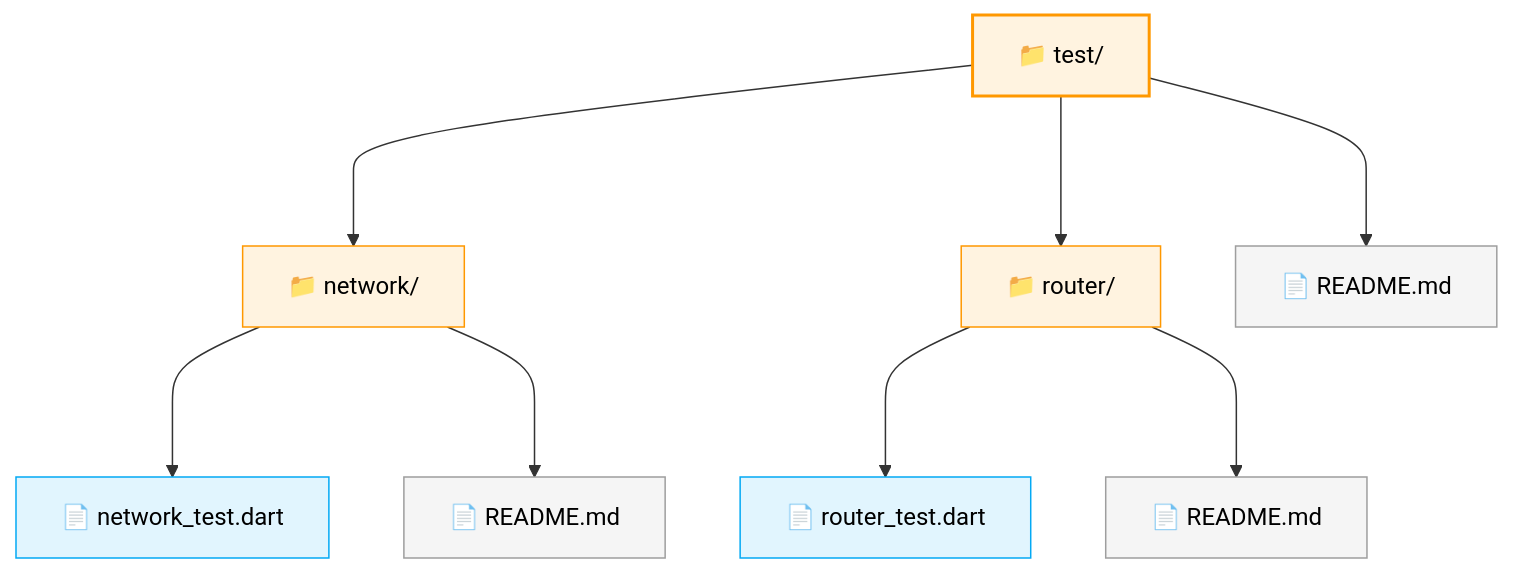
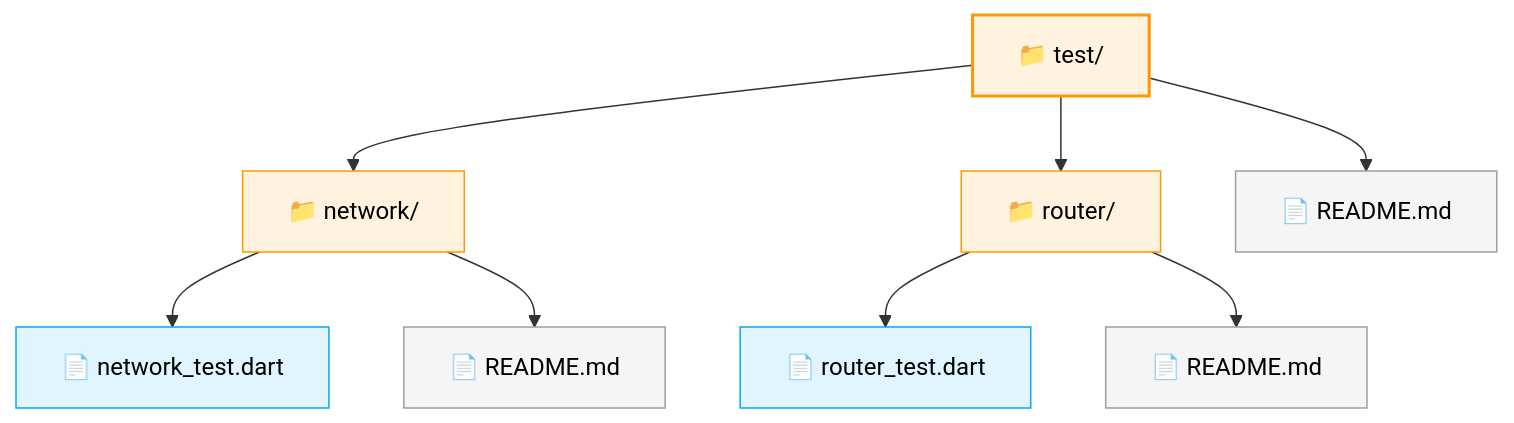
The third of 3 diagrams in reports/diagrams.md (PhanNTSon/prm_project), drawn with Mermaid before and after one commit. The commit also changed 2 other files, not shown here.

Commit message:
[Done] done feature automate building Documents based on CI/CD pipeline and markdown files.

````diff
--- a/reports/diagrams.md
+++ b/reports/diagrams.md
@@ -54,39 +54,39 @@
 ```mermaid
 graph TD
     %% Định nghĩa cấu trúc cây thư mục
     root["📁 test/"]
 
     %% Tầng 1
     network["📁 network/"]
     router["📁 router/"]
     readme_root["📄 README.md"]
 
     %% Tầng 2 (Bên trong network/)
     net_test["📄 network_test.dart"]
     readme_net["📄 README.md"]
 
     %% Tầng 2 (Bên trong router/)
     rot_test["📄 router_test.dart"]
     readme_rot_dir["📄 README.md"]
 
     %% Thiết lập các kết nối phân cấp
-    root ---> network
-    root ---> router
-    root ---> readme_root
+    root --> network
+    root --> router
+    root --> readme_root
 
-    network ---> net_test
-    network ---> readme_net
+    network --> net_test
+    network --> readme_net
 
-    router ---> rot_test
-    router ---> readme_rot_dir
+    router --> rot_test
+    router --> readme_rot_dir
 
     %% Tùy chỉnh phong cách giao diện (Màu sắc hiện đại)
     style root fill:#fff3e0,stroke:#ff9800,stroke-width:2px,color:#000
     style network fill:#fff3e0,stroke:#ff9800,stroke-width:1px,color:#000
     style router fill:#fff3e0,stroke:#ff9800,stroke-width:1px,color:#000
     style readme_root fill:#f5f5f5,stroke:#9e9e9e,stroke-width:1px,color:#000
     style net_test fill:#e1f5fe,stroke:#03a9f4,stroke-width:1px,color:#000
     style rot_test fill:#e1f5fe,stroke:#03a9f4,stroke-width:1px,color:#000
     style readme_net fill:#f5f5f5,stroke:#9e9e9e,stroke-width:1px,color:#000
     style readme_rot_dir fill:#f5f5f5,stroke:#9e9e9e,stroke-width:1px,color:#000
 ```
````
